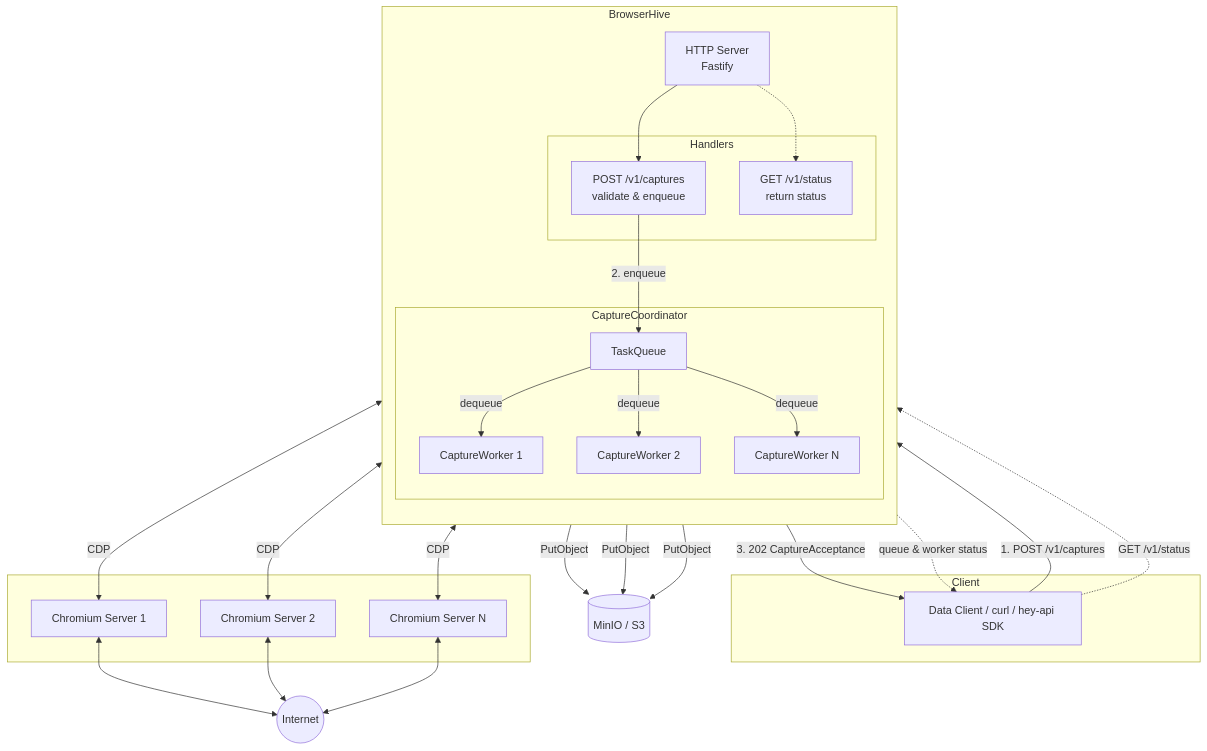
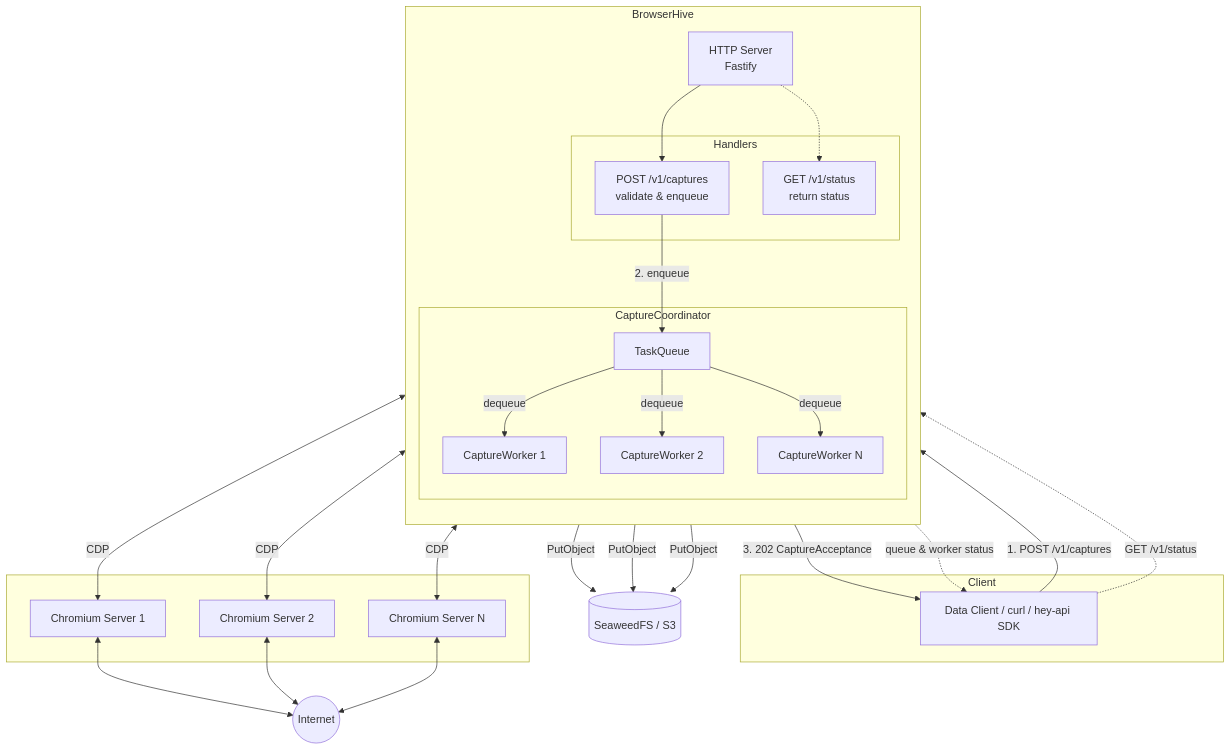
One commit to uraitakahito/browserhive changed the diagram in README.md. Above: the diagram before and after it, drawn with Mermaid. The commit also changed other lines of this file, not shown here.

````diff
--- a/README.md
+++ b/README.md
@@ -26,51 +26,51 @@
 ```mermaid
 flowchart TB
     subgraph Client
         CLI[Data Client / curl / hey-api SDK]
     end
 
     subgraph BrowserHive["BrowserHive"]
         direction TB
         Server[HTTP Server<br/>Fastify]
         subgraph Handlers["Handlers"]
             SubmitCaptureHandler[POST /v1/captures<br/>validate & enqueue]
             GetStatusHandler[GET /v1/status<br/>return status]
         end
         subgraph CaptureCoordinator
             Queue[TaskQueue]
             Worker1[CaptureWorker 1]
             Worker2[CaptureWorker 2]
             Worker3[CaptureWorker N]
         end
     end
 
     subgraph ChromiumServers[" "]
         Browser1[Chromium Server 1]
         Browser2[Chromium Server 2]
         Browser3[Chromium Server N]
     end
 
     Internet((Internet))
 
-    Storage[(MinIO / S3)]
+    Storage[(SeaweedFS / S3)]
 
     CLI -->|"1. POST /v1/captures"| Server
     Server --> SubmitCaptureHandler
     SubmitCaptureHandler -->|"2. enqueue"| Queue
     SubmitCaptureHandler -->|"3. 202 CaptureAcceptance"| CLI
     CLI -.->|"GET /v1/status"| Server
     Server -.-> GetStatusHandler
     GetStatusHandler -.->|"queue & worker status"| CLI
     Queue -->|dequeue| Worker1
     Queue -->|dequeue| Worker2
     Queue -->|dequeue| Worker3
     Worker1 <-->|CDP| Browser1
     Worker2 <-->|CDP| Browser2
     Worker3 <-->|CDP| Browser3
     Browser1 <--> Internet
     Browser2 <--> Internet
     Browser3 <--> Internet
     Worker1 -->|"PutObject"| Storage
     Worker2 -->|"PutObject"| Storage
     Worker3 -->|"PutObject"| Storage
 ```
````
